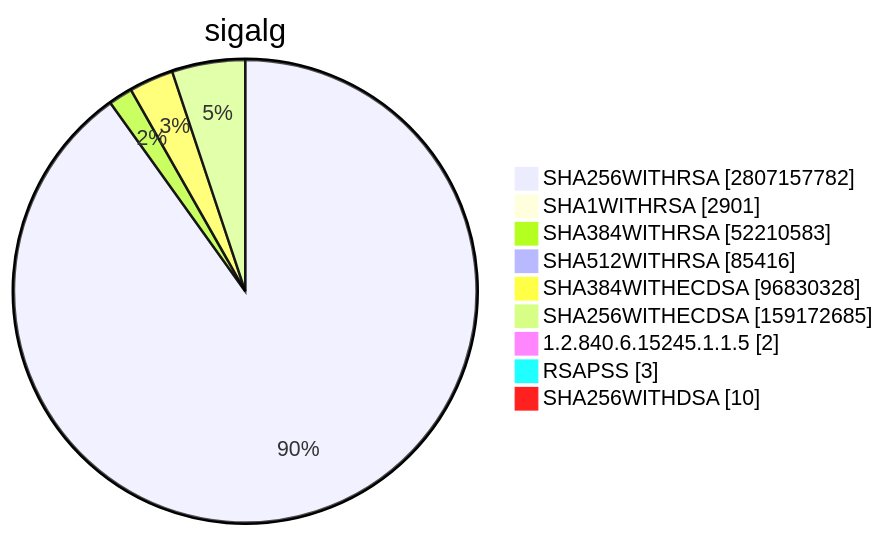
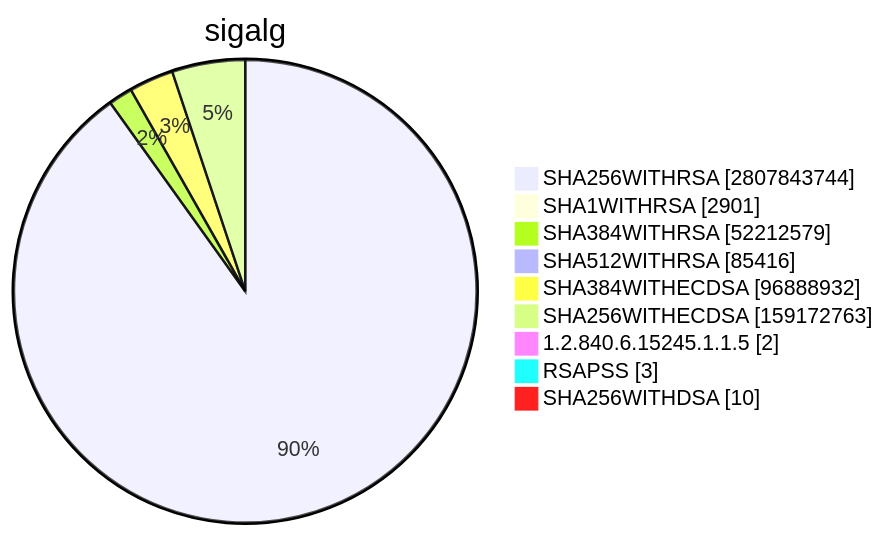
Diagram 15 of 15 in TOTAL/README.md (christiankrug/ctmonitor_visualization), drawn with Mermaid before and after one commit. The commit also changed other lines of this file, not shown here.

````diff
--- a/TOTAL/README.md
+++ b/TOTAL/README.md
@@ -6205,13 +6205,13 @@
 ```mermaid
 pie showData
 title sigalg
-"SHA256WITHRSA" :2807157782
+"SHA256WITHRSA" :2807843744
 "SHA1WITHRSA" :2901
-"SHA384WITHRSA" :52210583
+"SHA384WITHRSA" :52212579
 "SHA512WITHRSA" :85416
-"SHA384WITHECDSA" :96830328
-"SHA256WITHECDSA" :159172685
+"SHA384WITHECDSA" :96888932
+"SHA256WITHECDSA" :159172763
 "1.2.840.6.15245.1.1.5" :2
 "RSAPSS" :3
 "SHA256WITHDSA" :10
 ```
````
